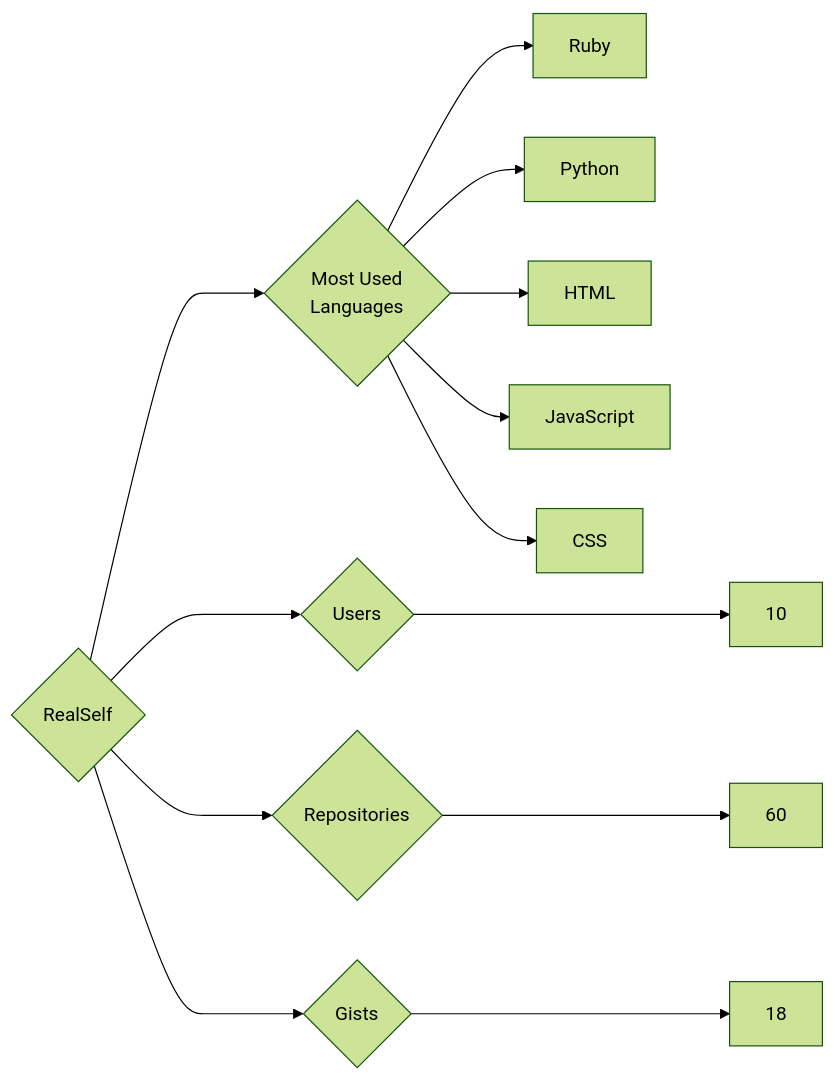
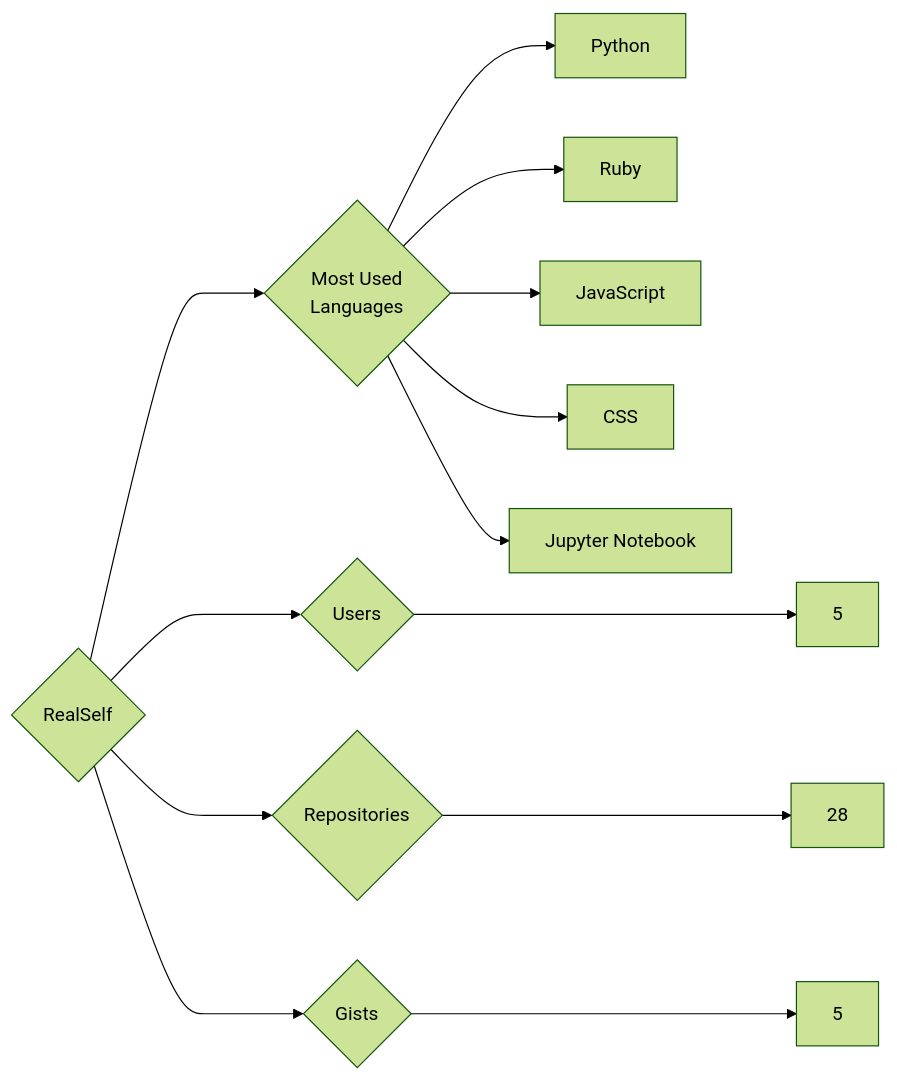
The diagram in targets/RealSelf/README.md (trickest/insiders), drawn with Mermaid (forest theme) before and after one commit. The commit also changed 829 other files, not shown here.

````diff
--- a/targets/RealSelf/README.md
+++ b/targets/RealSelf/README.md
@@ -3,13 +3,13 @@
 ```mermaid
 graph LR
 COMPANY_NAME{RealSelf}
-COMPANY_NAME ---> U{Users} ---> UN[10]
-COMPANY_NAME ---> R{Repositories} ---> RN[60]
-COMPANY_NAME ---> G{Gists} ---> GN[18]
+COMPANY_NAME ---> U{Users} ---> UN[5]
+COMPANY_NAME ---> R{Repositories} ---> RN[28]
+COMPANY_NAME ---> G{Gists} ---> GN[5]
 COMPANY_NAME ---> ML{Most Used<br>Languages}
+ML --> Python[Python]
 ML --> Ruby[Ruby]
-ML --> Python[Python]
-ML --> HTML[HTML]
 ML --> JavaScript[JavaScript]
 ML --> CSS[CSS]
+ML --> Jupyter_Notebook[Jupyter Notebook]
 ```
````
